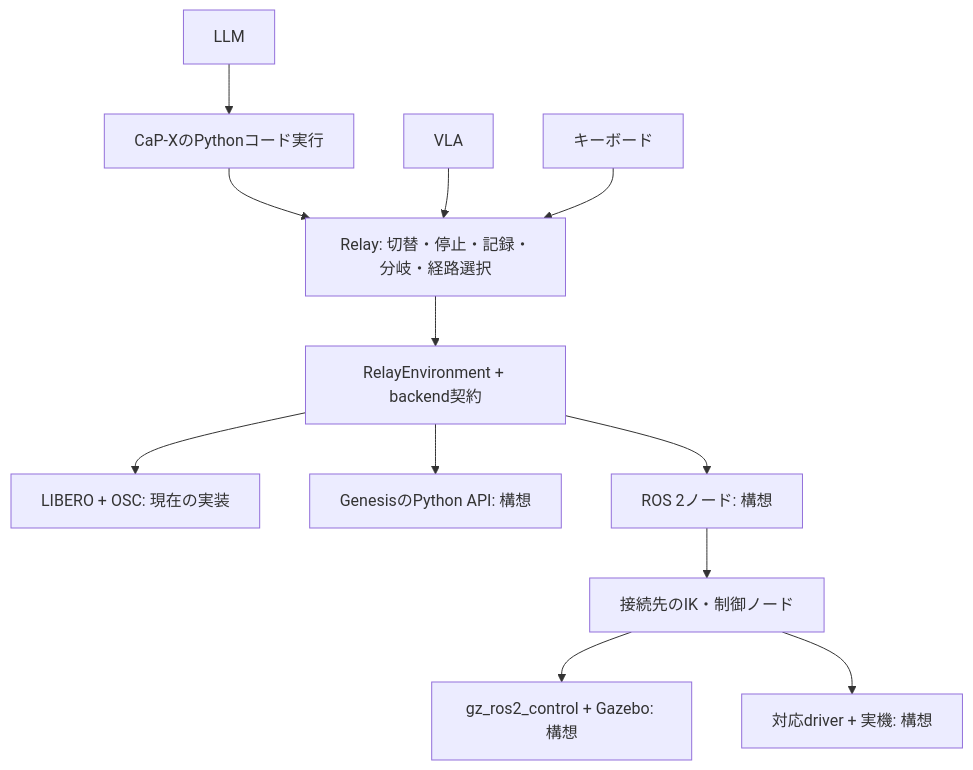
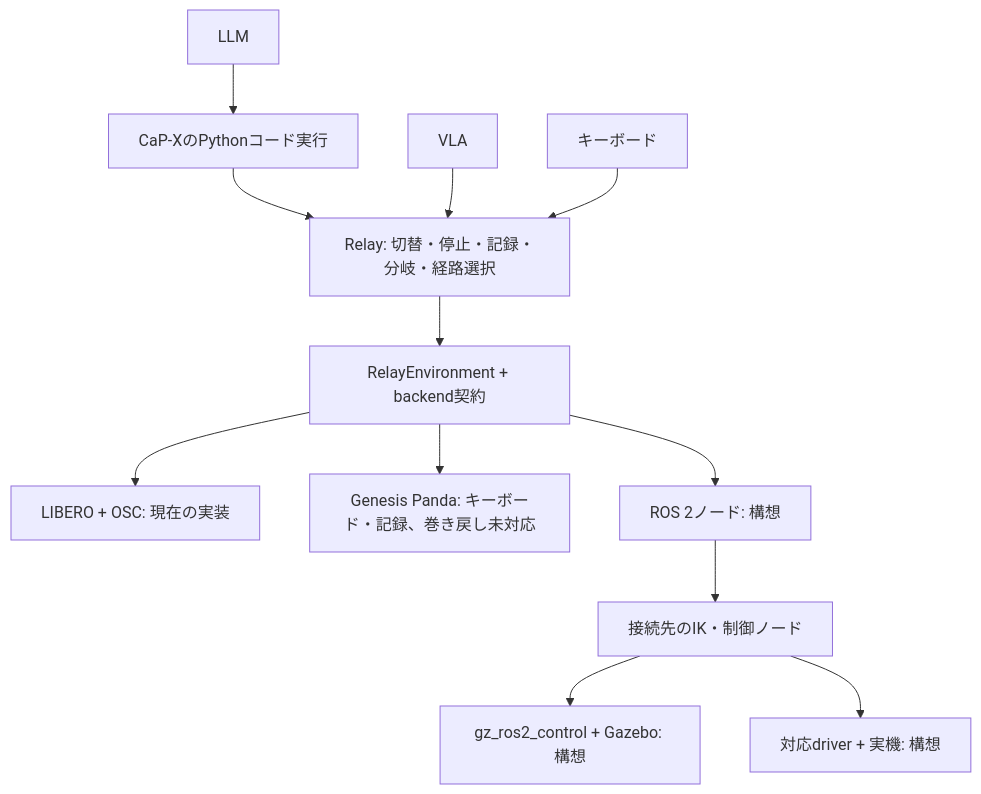
One commit to takumiecd/relay changed the diagram in docs/environment-adapters.md. Above: the diagram before and after it, drawn with Mermaid. The commit also changed other lines of this file and 18 other files, not shown here.

Commit message:
Add Genesis Panda keyboard control and executed trajectory recording

````diff
--- a/docs/environment-adapters.md
+++ b/docs/environment-adapters.md
@@ -86,14 +88,14 @@
 ```mermaid
 flowchart TD
     L[LLM] --> C[CaP-XのPythonコード実行]
     C --> R[Relay: 切替・停止・記録・分岐・経路選択]
     V[VLA] --> R
     K[キーボード] --> R
     R --> A[RelayEnvironment + backend契約]
     A --> B[LIBERO + OSC: 現在の実装]
-    A --> G[GenesisのPython API: 構想]
+    A --> G[Genesis Panda: キーボード・記録、巻き戻し未対応]
     A --> N[ROS 2ノード: 構想]
     N --> T[接続先のIK・制御ノード]
     T --> Z[gz_ros2_control + Gazebo: 構想]
     T --> H[対応driver + 実機: 構想]
 ```
````
